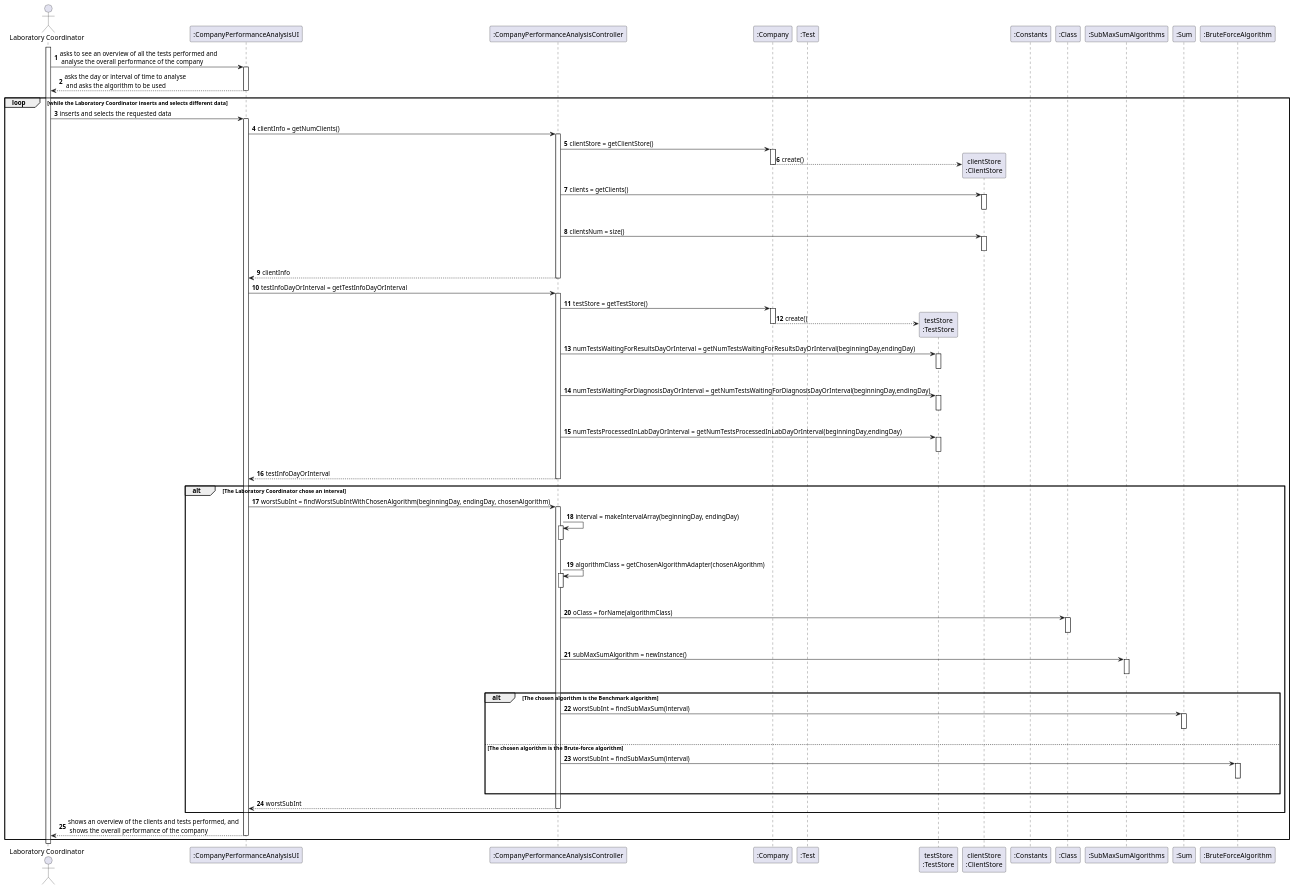
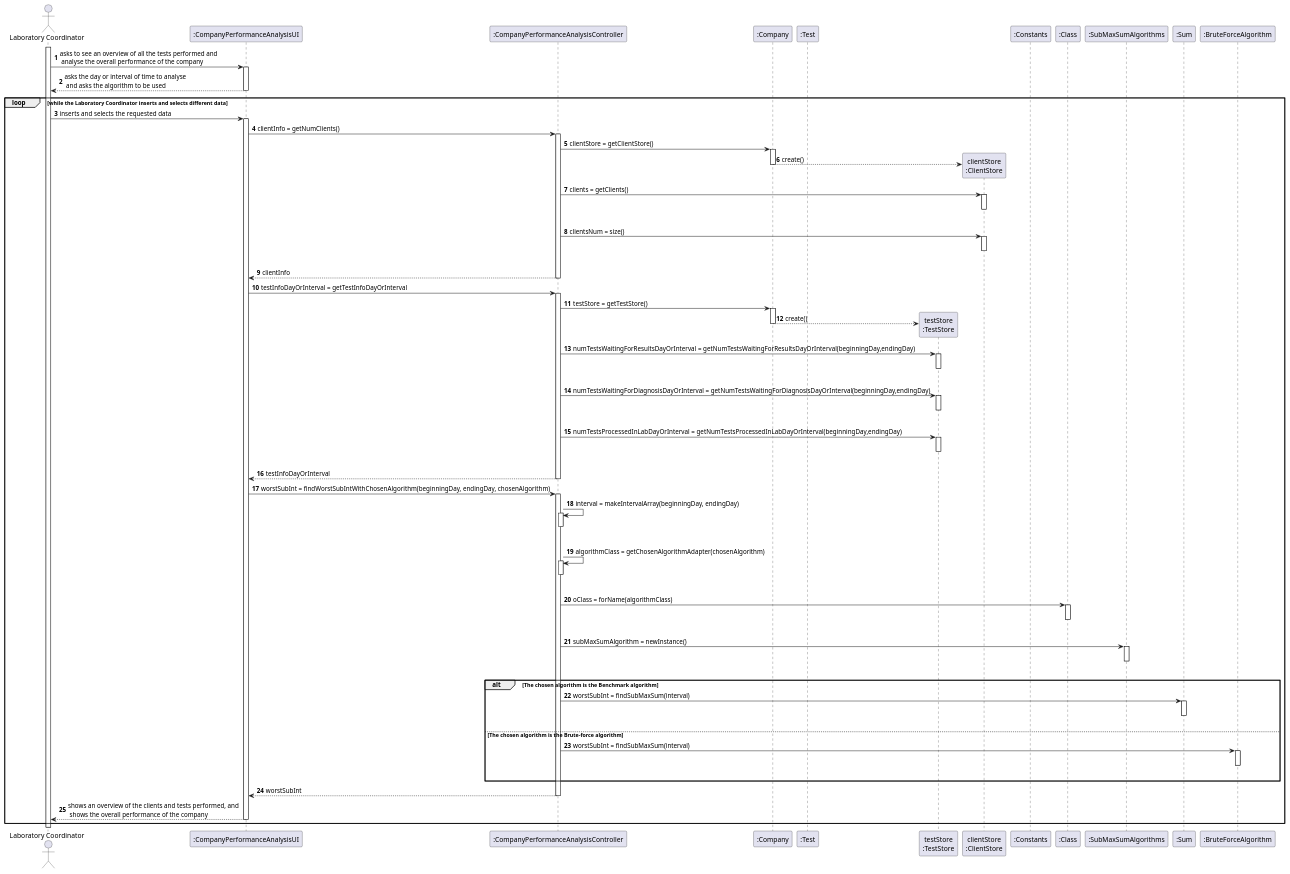
The diagram in docs/SprintD/US_16/US16_SD.puml (ana-albergaria/LAPR2-ISEP), drawn with PlantUML before and after one commit. The commit also changed 1 other file, not shown here.

```diff
--- a/docs/SprintD/US_16/US16_SD.puml
+++ b/docs/SprintD/US_16/US16_SD.puml
@@ -1,119 +1,115 @@
 @startuml
 autonumber
 actor "Laboratory Coordinator" as LC
 
 participant ":CompanyPerformanceAnalysisUI" as UI
 participant ":CompanyPerformanceAnalysisController" as CTRL
 participant ":Company" as CMP
 participant ":Test" as TST
 participant "testStore\n:TestStore" as TSTSTORE
 participant "clientStore\n:ClientStore" as CLTSTORE
 participant ":Constants" as CST
 participant ":Class" as CL
 participant ":SubMaxSumAlgorithms" as SMSA
 participant ":Sum" as SUM
 participant ":BruteForceAlgorithm" as BFA
 
 activate LC
 LC -> UI : asks to see an overview of all the tests performed and \n analyse the overall performance of the company
 activate UI
 UI --> LC : asks the day or interval of time to analyse \n and asks the algorithm to be used
 deactivate UI
 
 loop while the Laboratory Coordinator inserts and selects different data
 LC -> UI : inserts and selects the requested data
 activate UI
 
 UI -> CTRL : clientInfo = getNumClients()
 activate CTRL
 
 CTRL -> CMP : clientStore = getClientStore()
 activate CMP
 CMP --> CLTSTORE** : create()
 deactivate CMP
 CTRL -> CLTSTORE : clients = getClients()
 activate CLTSTORE
 |||
 deactivate CLTSTORE
 CTRL -> CLTSTORE : clientsNum = size()
 activate CLTSTORE
 |||
 deactivate CLTSTORE
 
 CTRL --> UI : clientInfo
 deactivate CTRL
 
 UI -> CTRL : testInfoDayOrInterval = getTestInfoDayOrInterval
 activate CTRL
 
 CTRL -> CMP : testStore = getTestStore()
 activate CMP
 CMP --> TSTSTORE** : create()
 deactivate CMP
 CTRL -> TSTSTORE : numTestsWaitingForResultsDayOrInterval = getNumTestsWaitingForResultsDayOrInterval(beginningDay,endingDay)
 activate TSTSTORE
 |||
 deactivate TSTSTORE
 CTRL -> TSTSTORE : numTestsWaitingForDiagnosisDayOrInterval = getNumTestsWaitingForDiagnosisDayOrInterval(beginningDay,endingDay)
 activate TSTSTORE
 |||
 deactivate TSTSTORE
 CTRL -> TSTSTORE : numTestsProcessedInLabDayOrInterval = getNumTestsProcessedInLabDayOrInterval(beginningDay,endingDay)
 activate TSTSTORE
 |||
 deactivate TSTSTORE
 
 CTRL --> UI : testInfoDayOrInterval
 deactivate CTRL
 
-alt The Laboratory Coordinator chose an interval
-
 UI -> CTRL : worstSubInt = findWorstSubIntWithChosenAlgorithm(beginningDay, endingDay, chosenAlgorithm)
 activate CTRL
 
 CTRL -> CTRL : interval = makeIntervalArray(beginningDay, endingDay)
 activate CTRL
 |||
 deactivate CTRL
 
 CTRL -> CTRL : algorithmClass = getChosenAlgorithmAdapter(chosenAlgorithm)
 activate CTRL
 |||
 deactivate CTRL
 
 CTRL -> CL : oClass = forName(algorithmClass)
 activate CL
 |||
 deactivate CL
 
 CTRL -> SMSA : subMaxSumAlgorithm = newInstance()
 activate SMSA
 |||
 deactivate SMSA
 
 alt The chosen algorithm is the Benchmark algorithm
 
 CTRL -> SUM : worstSubInt = findSubMaxSum(interval)
 activate SUM
 |||
 deactivate SUM
 
 else The chosen algorithm is the Brute-force algorithm
 
 CTRL -> BFA : worstSubInt = findSubMaxSum(interval)
 activate BFA
 |||
 deactivate BFA
 
 end
 
 CTRL --> UI : worstSubInt
 deactivate CTRL
 
-end
-
 UI --> LC : shows an overview of the clients and tests performed, and \n shows the overall performance of the company
 deactivate UI
 end
 
 @enduml
```
